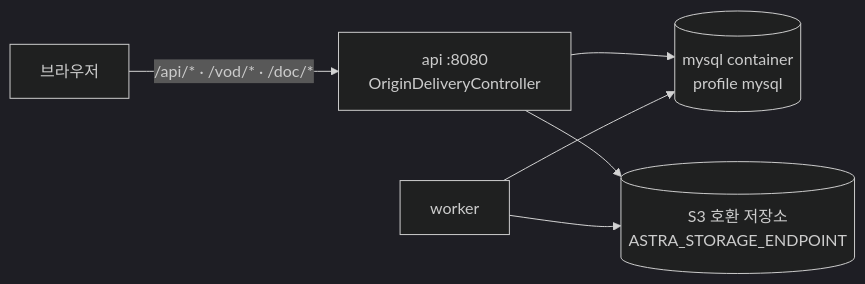
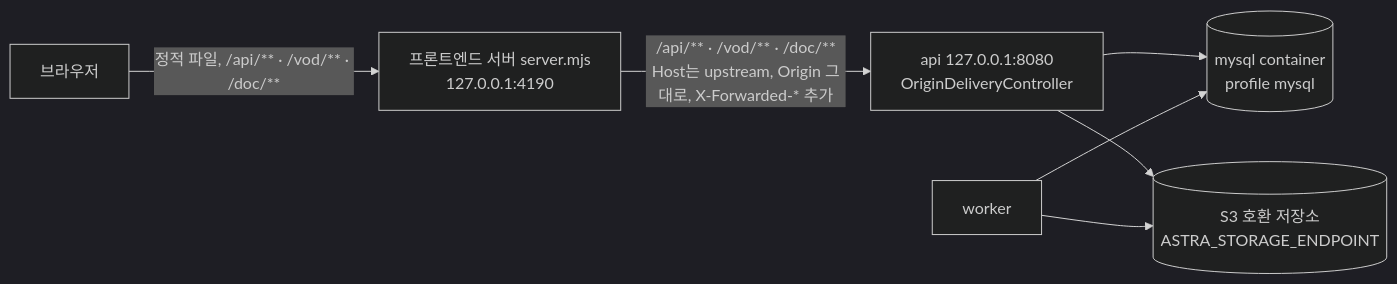
The fourth of 18 diagrams in backend/docs/c4.md (2026ENDPoinT/team13), drawn with Mermaid (dark theme) before and after one commit. The commit also changed other lines of this file and 17 other files, not shown here.

First line of the commit message:
STAC-000 프론트엔드 proxy 뒤 배포에 허용 Origin과 /doc·/vod 서명을 필수로

````diff
--- a/backend/docs/c4.md
+++ b/backend/docs/c4.md
@@ -163,11 +163,13 @@
 ```mermaid
 flowchart LR
   U["브라우저"]
-  API["api :8080<br/>OriginDeliveryController"]
+  FE["프론트엔드 서버 server.mjs<br/>127.0.0.1:4190"]
+  API["api 127.0.0.1:8080<br/>OriginDeliveryController"]
   WK["worker"]
   DB[("mysql container<br/>profile mysql")]
   S3[("S3 호환 저장소<br/>ASTRA_STORAGE_ENDPOINT")]
-  U -->|"/api/* · /vod/* · /doc/*"| API
+  U -->|"정적 파일, /api/** · /vod/** · /doc/**"| FE
+  FE -->|"/api/** · /vod/** · /doc/**<br/>Host는 upstream, Origin 그대로, X-Forwarded-* 추가"| API
   API & WK --> DB
   API & WK --> S3
 ```
````
